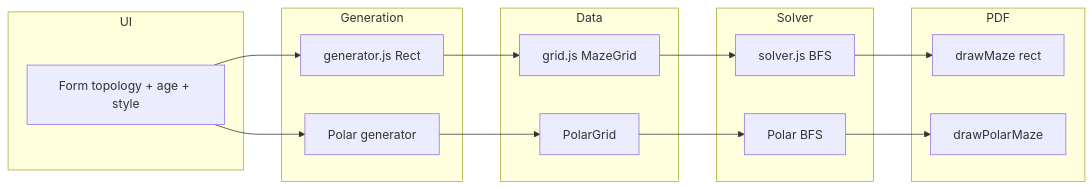
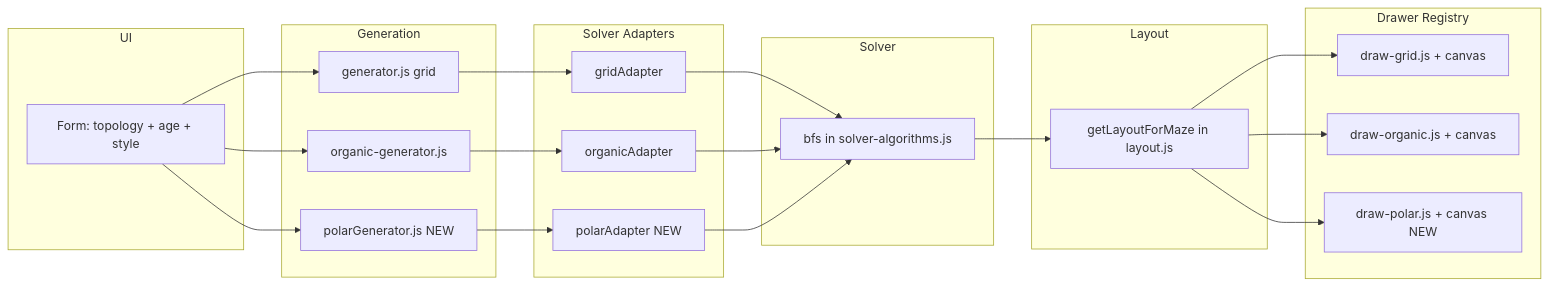
One commit to makernik/MazeMaker changed the diagram in .cursor/plans/circular_mazes_implementation_f1dda3a0.plan.md. Above: the diagram before and after it, drawn with Mermaid. The commit also changed other lines of this file and 1 other file, not shown here.

````diff
--- a/.cursor/plans/circular_mazes_implementation_f1dda3a0.plan.md
+++ b/.cursor/plans/circular_mazes_implementation_f1dda3a0.plan.md
@@ -39,30 +45,40 @@
 ```mermaid
 flowchart LR
   subgraph ui [UI]
-    Form[Form topology + age + style]
+    Form["Form: topology + age + style"]
   end
   subgraph gen [Generation]
-    GenRect[generator.js Rect]
-    GenPolar[Polar generator]
+    GenGrid[generator.js grid]
+    GenOrganic[organic-generator.js]
+    GenPolar[polarGenerator.js NEW]
   end
-  subgraph data [Data]
-    Grid[grid.js MazeGrid]
-    PolarGrid[PolarGrid]
+  subgraph adapters [Solver Adapters]
+    AdapterGrid[gridAdapter]
+    AdapterOrganic[organicAdapter]
+    AdapterPolar[polarAdapter NEW]
   end
-  subgraph solve [Solver]
-    SolverRect[solver.js BFS]
-    SolverPolar[Polar BFS]
+  subgraph solver [Solver]
+    BFS["bfs in solver-algorithms.js"]
   end
-  subgraph pdf [PDF]
-    RenderRect[drawMaze rect]
-    RenderPolar[drawPolarMaze]
+  subgraph layout [Layout]
+    LayoutFn["getLayoutForMaze in layout.js"]
   end
-  Form --> GenRect
+  subgraph drawers [Drawer Registry]
+    DrawGrid[draw-grid.js + canvas]
+    DrawOrganic[draw-organic.js + canvas]
+    DrawPolar[draw-polar.js + canvas NEW]
+  end
+  Form --> GenGrid
+  Form --> GenOrganic
   Form --> GenPolar
-  GenRect --> Grid
-  GenPolar --> PolarGrid
-  Grid --> SolverRect
-  PolarGrid --> SolverPolar
-  SolverRect --> RenderRect
-  SolverPolar --> RenderPolar
+  GenGrid --> AdapterGrid
+  GenOrganic --> AdapterOrganic
+  GenPolar --> AdapterPolar
+  AdapterGrid --> BFS
+  AdapterOrganic --> BFS
+  AdapterPolar --> BFS
+  BFS --> LayoutFn
+  LayoutFn --> DrawGrid
+  LayoutFn --> DrawOrganic
+  LayoutFn --> DrawPolar
 ```
````
